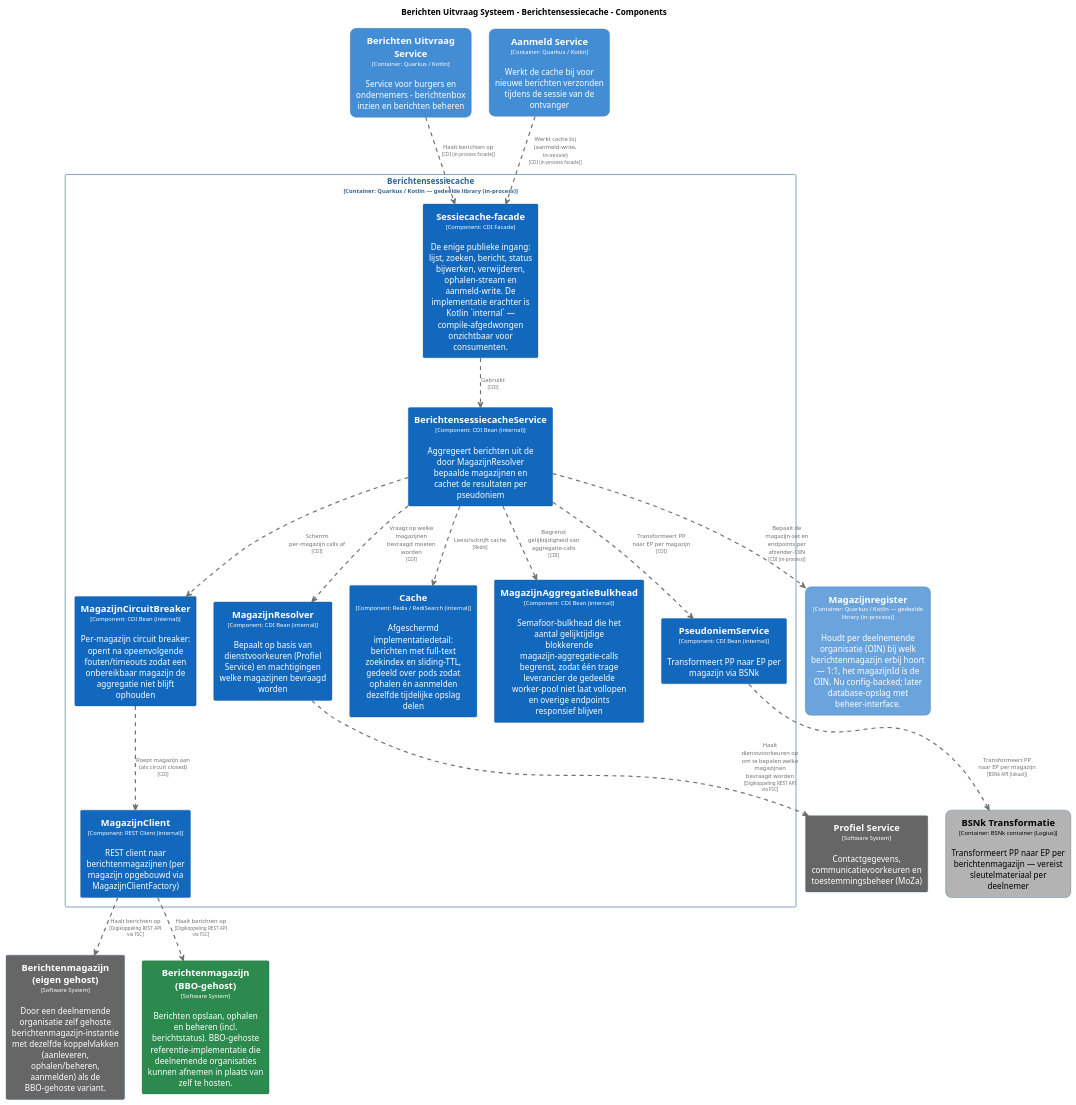
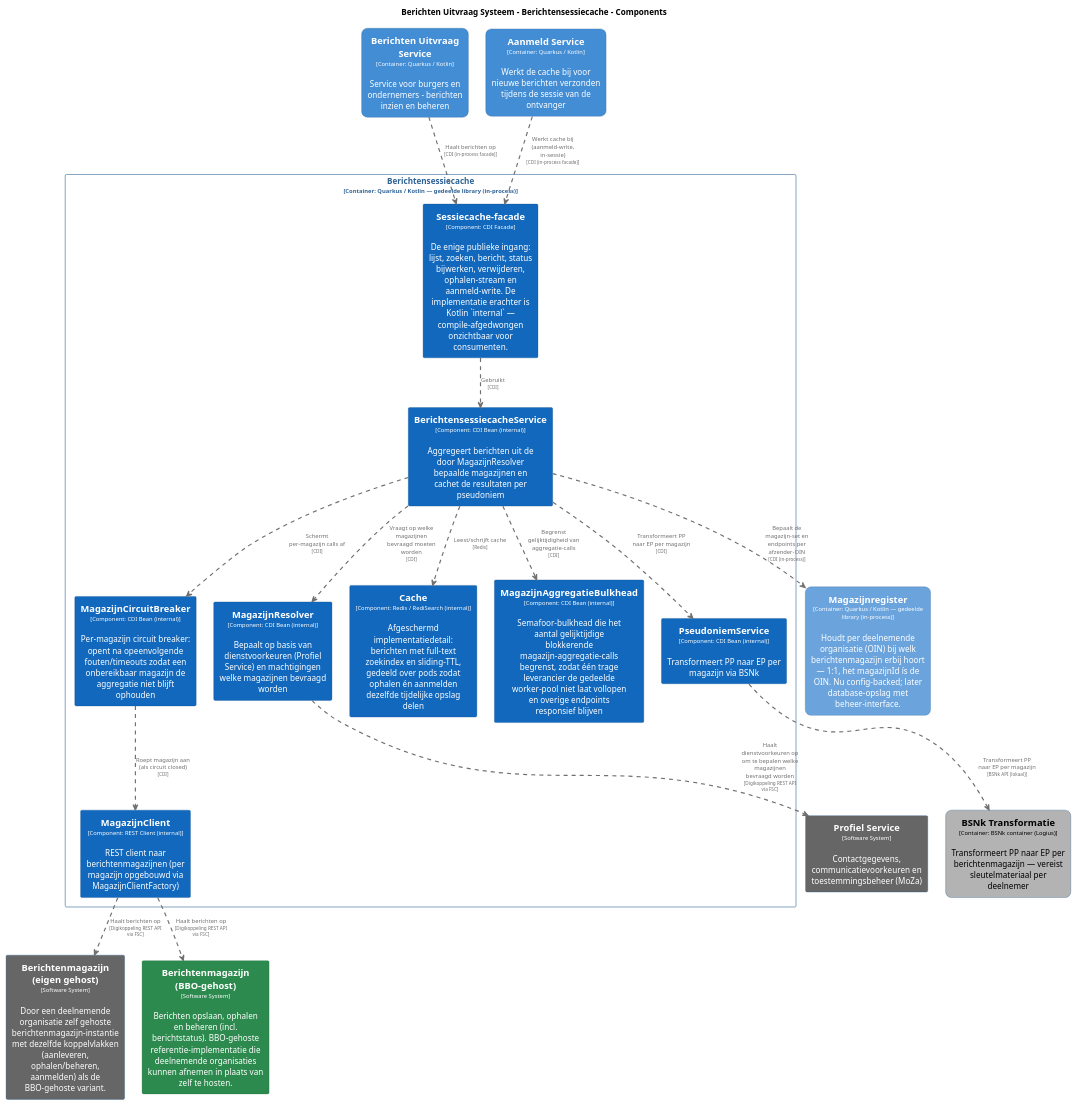
Before and after one commit to MinBZK/moza-poc-fbs-berichtenbox: the diagram in master/puml/BerichtensessiecacheComponenten.puml, drawn with PlantUML. The commit also changed 29 other files, not shown here.

```diff
--- a/master/puml/BerichtensessiecacheComponenten.puml
+++ b/master/puml/BerichtensessiecacheComponenten.puml
@@ -1,151 +1,151 @@
 @startuml
 set separator none
 title Berichten Uitvraag Systeem - Berichtensessiecache - Components
 
 top to bottom direction
 skinparam ranksep 60
 skinparam nodesep 30
 
 skinparam {
   arrowFontSize 10
   defaultTextAlignment center
   wrapWidth 200
   maxMessageSize 100
 }
 
 hide stereotype
 
 skinparam rectangle<<BerichtenUitvraagSysteem.AanmeldService>> {
   BackgroundColor #438dd5
   FontColor #ffffff
   BorderColor #2e6295
   roundCorner 20
   shadowing false
 }
 skinparam rectangle<<BerichtenUitvraagSysteem.BSNkTransformatie>> {
   BackgroundColor #b3b3b3
   FontColor #000000
   BorderColor #0b4884
   roundCorner 20
   shadowing false
 }
 skinparam rectangle<<BerichtenUitvraagSysteem.BerichtenUitvraagService>> {
   BackgroundColor #438dd5
   FontColor #ffffff
   BorderColor #2e6295
   roundCorner 20
   shadowing false
 }
 skinparam rectangle<<BerichtenmagazijnBBOgehost>> {
   BackgroundColor #2d8a4e
   FontColor #ffffff
   BorderColor #1e6b38
   shadowing false
 }
 skinparam rectangle<<Berichtenmagazijneigengehost>> {
   BackgroundColor #666666
   FontColor #ffffff
   BorderColor #0b4884
   shadowing false
 }
 skinparam rectangle<<BerichtenUitvraagSysteem.Berichtensessiecache.BerichtensessiecacheService>> {
   BackgroundColor #1168bd
   FontColor #ffffff
   BorderColor #0b4884
   shadowing false
 }
 skinparam rectangle<<BerichtenUitvraagSysteem.Berichtensessiecache.Cache>> {
   BackgroundColor #1168bd
   FontColor #ffffff
   BorderColor #0b4884
   shadowing false
 }
 skinparam rectangle<<BerichtenUitvraagSysteem.Berichtensessiecache.MagazijnAggregatieBulkhead>> {
   BackgroundColor #1168bd
   FontColor #ffffff
   BorderColor #0b4884
   shadowing false
 }
 skinparam rectangle<<BerichtenUitvraagSysteem.Berichtensessiecache.MagazijnCircuitBreaker>> {
   BackgroundColor #1168bd
   FontColor #ffffff
   BorderColor #0b4884
   shadowing false
 }
 skinparam rectangle<<BerichtenUitvraagSysteem.Berichtensessiecache.MagazijnClient>> {
   BackgroundColor #1168bd
   FontColor #ffffff
   BorderColor #0b4884
   shadowing false
 }
 skinparam rectangle<<BerichtenUitvraagSysteem.Berichtensessiecache.MagazijnResolver>> {
   BackgroundColor #1168bd
   FontColor #ffffff
   BorderColor #0b4884
   shadowing false
 }
 skinparam rectangle<<BerichtenUitvraagSysteem.Magazijnregister>> {
   BackgroundColor #6ba3dd
   FontColor #ffffff
   BorderColor #2e6295
   roundCorner 20
   shadowing false
 }
 skinparam rectangle<<ProfielService>> {
   BackgroundColor #666666
   FontColor #ffffff
   BorderColor #0b4884
   shadowing false
 }
 skinparam rectangle<<BerichtenUitvraagSysteem.Berichtensessiecache.PseudoniemService>> {
   BackgroundColor #1168bd
   FontColor #ffffff
   BorderColor #0b4884
   shadowing false
 }
 skinparam rectangle<<BerichtenUitvraagSysteem.Berichtensessiecache.Sessiecachefacade>> {
   BackgroundColor #1168bd
   FontColor #ffffff
   BorderColor #0b4884
   shadowing false
 }
 skinparam rectangle<<BerichtenUitvraagSysteem.Berichtensessiecache>> {
   BorderColor #2e6295
   FontColor #2e6295
   shadowing false
 }
 
 rectangle "==Profiel Service\n<size:10>[Software System]</size>\n\nContactgegevens, communicatievoorkeuren en toestemmingsbeheer (MoZa)" <<ProfielService>> as ProfielService
 rectangle "==Berichtenmagazijn (eigen gehost)\n<size:10>[Software System]</size>\n\nDoor een deelnemende organisatie zelf gehoste berichtenmagazijn-instantie met dezelfde koppelvlakken (aanleveren, ophalen/beheren, aanmelden) als de BBO-gehoste variant." <<Berichtenmagazijneigengehost>> as Berichtenmagazijneigengehost
 rectangle "==Berichtenmagazijn (BBO-gehost)\n<size:10>[Software System]</size>\n\nBerichten opslaan, ophalen en beheren (incl. berichtstatus). BBO-gehoste referentie-implementatie die deelnemende organisaties kunnen afnemen in plaats van zelf te hosten." <<BerichtenmagazijnBBOgehost>> as BerichtenmagazijnBBOgehost
-rectangle "==Berichten Uitvraag Service\n<size:10>[Container: Quarkus / Kotlin]</size>\n\nService voor burgers en ondernemers - berichtenbox inzien en berichten beheren" <<BerichtenUitvraagSysteem.BerichtenUitvraagService>> as BerichtenUitvraagSysteem.BerichtenUitvraagService
+rectangle "==Berichten Uitvraag Service\n<size:10>[Container: Quarkus / Kotlin]</size>\n\nService voor burgers en ondernemers - berichten inzien en beheren" <<BerichtenUitvraagSysteem.BerichtenUitvraagService>> as BerichtenUitvraagSysteem.BerichtenUitvraagService
 rectangle "==BSNk Transformatie\n<size:10>[Container: BSNk container (Logius)]</size>\n\nTransformeert PP naar EP per berichtenmagazijn — vereist sleutelmateriaal per deelnemer" <<BerichtenUitvraagSysteem.BSNkTransformatie>> as BerichtenUitvraagSysteem.BSNkTransformatie
 rectangle "==Aanmeld Service\n<size:10>[Container: Quarkus / Kotlin]</size>\n\nWerkt de cache bij voor nieuwe berichten verzonden tijdens de sessie van de ontvanger" <<BerichtenUitvraagSysteem.AanmeldService>> as BerichtenUitvraagSysteem.AanmeldService
 rectangle "==Magazijnregister\n<size:10>[Container: Quarkus / Kotlin — gedeelde library (in-process)]</size>\n\nHoudt per deelnemende organisatie (OIN) bij welk berichtenmagazijn erbij hoort — 1:1, het magazijnId ís de OIN. Nu config-backed; later database-opslag met beheer-interface." <<BerichtenUitvraagSysteem.Magazijnregister>> as BerichtenUitvraagSysteem.Magazijnregister
 
 rectangle "Berichtensessiecache\n<size:10>[Container: Quarkus / Kotlin — gedeelde library (in-process)]</size>" <<BerichtenUitvraagSysteem.Berichtensessiecache>> {
   rectangle "==Sessiecache-facade\n<size:10>[Component: CDI Facade]</size>\n\nDe enige publieke ingang: lijst, zoeken, bericht, status bijwerken, verwijderen, ophalen-stream en aanmeld-write. De implementatie erachter is Kotlin `internal` — compile-afgedwongen onzichtbaar voor consumenten." <<BerichtenUitvraagSysteem.Berichtensessiecache.Sessiecachefacade>> as BerichtenUitvraagSysteem.Berichtensessiecache.Sessiecachefacade
   rectangle "==MagazijnResolver\n<size:10>[Component: CDI Bean (internal)]</size>\n\nBepaalt op basis van dienstvoorkeuren (Profiel Service) en machtigingen welke magazijnen bevraagd worden" <<BerichtenUitvraagSysteem.Berichtensessiecache.MagazijnResolver>> as BerichtenUitvraagSysteem.Berichtensessiecache.MagazijnResolver
   rectangle "==PseudoniemService\n<size:10>[Component: CDI Bean (internal)]</size>\n\nTransformeert PP naar EP per magazijn via BSNk" <<BerichtenUitvraagSysteem.Berichtensessiecache.PseudoniemService>> as BerichtenUitvraagSysteem.Berichtensessiecache.PseudoniemService
   rectangle "==BerichtensessiecacheService\n<size:10>[Component: CDI Bean (internal)]</size>\n\nAggregeert berichten uit de door MagazijnResolver bepaalde magazijnen en cachet de resultaten per pseudoniem" <<BerichtenUitvraagSysteem.Berichtensessiecache.BerichtensessiecacheService>> as BerichtenUitvraagSysteem.Berichtensessiecache.BerichtensessiecacheService
   rectangle "==Cache\n<size:10>[Component: Redis / RediSearch (internal)]</size>\n\nAfgeschermd implementatiedetail: berichten met full-text zoekindex en sliding-TTL, gedeeld over pods zodat ophalen én aanmelden dezelfde tijdelijke opslag delen" <<BerichtenUitvraagSysteem.Berichtensessiecache.Cache>> as BerichtenUitvraagSysteem.Berichtensessiecache.Cache
   rectangle "==MagazijnAggregatieBulkhead\n<size:10>[Component: CDI Bean (internal)]</size>\n\nSemafoor-bulkhead die het aantal gelijktijdige blokkerende magazijn-aggregatie-calls begrenst, zodat één trage leverancier de gedeelde worker-pool niet laat vollopen en overige endpoints responsief blijven" <<BerichtenUitvraagSysteem.Berichtensessiecache.MagazijnAggregatieBulkhead>> as BerichtenUitvraagSysteem.Berichtensessiecache.MagazijnAggregatieBulkhead
   rectangle "==MagazijnCircuitBreaker\n<size:10>[Component: CDI Bean (internal)]</size>\n\nPer-magazijn circuit breaker: opent na opeenvolgende fouten/timeouts zodat een onbereikbaar magazijn de aggregatie niet blijft ophouden" <<BerichtenUitvraagSysteem.Berichtensessiecache.MagazijnCircuitBreaker>> as BerichtenUitvraagSysteem.Berichtensessiecache.MagazijnCircuitBreaker
   rectangle "==MagazijnClient\n<size:10>[Component: REST Client (internal)]</size>\n\nREST client naar berichtenmagazijnen (per magazijn opgebouwd via MagazijnClientFactory)" <<BerichtenUitvraagSysteem.Berichtensessiecache.MagazijnClient>> as BerichtenUitvraagSysteem.Berichtensessiecache.MagazijnClient
 }
 
 BerichtenUitvraagSysteem.Berichtensessiecache.MagazijnClient .[#707070,thickness=2].> Berichtenmagazijneigengehost : "<color:#707070>Haalt berichten op\n<color:#707070><size:8>[Digikoppeling REST API via FSC]</size>"
 BerichtenUitvraagSysteem.Berichtensessiecache.MagazijnResolver .[#707070,thickness=2].> ProfielService : "<color:#707070>Haalt dienstvoorkeuren op om te bepalen welke magazijnen bevraagd worden\n<color:#707070><size:8>[Digikoppeling REST API via FSC]</size>"
 BerichtenUitvraagSysteem.Berichtensessiecache.MagazijnClient .[#707070,thickness=2].> BerichtenmagazijnBBOgehost : "<color:#707070>Haalt berichten op\n<color:#707070><size:8>[Digikoppeling REST API via FSC]</size>"
 BerichtenUitvraagSysteem.Berichtensessiecache.Sessiecachefacade .[#707070,thickness=2].> BerichtenUitvraagSysteem.Berichtensessiecache.BerichtensessiecacheService : "<color:#707070>Gebruikt\n<color:#707070><size:8>[CDI]</size>"
 BerichtenUitvraagSysteem.Berichtensessiecache.BerichtensessiecacheService .[#707070,thickness=2].> BerichtenUitvraagSysteem.Berichtensessiecache.MagazijnResolver : "<color:#707070>Vraagt op welke magazijnen bevraagd moeten worden\n<color:#707070><size:8>[CDI]</size>"
 BerichtenUitvraagSysteem.Berichtensessiecache.BerichtensessiecacheService .[#707070,thickness=2].> BerichtenUitvraagSysteem.Berichtensessiecache.PseudoniemService : "<color:#707070>Transformeert PP naar EP per magazijn\n<color:#707070><size:8>[CDI]</size>"
 BerichtenUitvraagSysteem.Berichtensessiecache.BerichtensessiecacheService .[#707070,thickness=2].> BerichtenUitvraagSysteem.Berichtensessiecache.Cache : "<color:#707070>Leest/schrijft cache\n<color:#707070><size:8>[Redis]</size>"
 BerichtenUitvraagSysteem.Berichtensessiecache.BerichtensessiecacheService .[#707070,thickness=2].> BerichtenUitvraagSysteem.Berichtensessiecache.MagazijnAggregatieBulkhead : "<color:#707070>Begrenst gelijktijdigheid van aggregatie-calls\n<color:#707070><size:8>[CDI]</size>"
 BerichtenUitvraagSysteem.Berichtensessiecache.BerichtensessiecacheService .[#707070,thickness=2].> BerichtenUitvraagSysteem.Berichtensessiecache.MagazijnCircuitBreaker : "<color:#707070>Schermt per-magazijn calls af\n<color:#707070><size:8>[CDI]</size>"
 BerichtenUitvraagSysteem.Berichtensessiecache.MagazijnCircuitBreaker .[#707070,thickness=2].> BerichtenUitvraagSysteem.Berichtensessiecache.MagazijnClient : "<color:#707070>Roept magazijn aan (als circuit closed)\n<color:#707070><size:8>[CDI]</size>"
 BerichtenUitvraagSysteem.Berichtensessiecache.PseudoniemService .[#707070,thickness=2].> BerichtenUitvraagSysteem.BSNkTransformatie : "<color:#707070>Transformeert PP naar EP per magazijn\n<color:#707070><size:8>[BSNk API (lokaal)]</size>"
 BerichtenUitvraagSysteem.AanmeldService .[#707070,thickness=2].> BerichtenUitvraagSysteem.Berichtensessiecache.Sessiecachefacade : "<color:#707070>Werkt cache bij (aanmeld-write, in-sessie)\n<color:#707070><size:8>[CDI (in-process facade)]</size>"
 BerichtenUitvraagSysteem.BerichtenUitvraagService .[#707070,thickness=2].> BerichtenUitvraagSysteem.Berichtensessiecache.Sessiecachefacade : "<color:#707070>Haalt berichten op\n<color:#707070><size:8>[CDI (in-process facade)]</size>"
 BerichtenUitvraagSysteem.Berichtensessiecache.BerichtensessiecacheService .[#707070,thickness=2].> BerichtenUitvraagSysteem.Magazijnregister : "<color:#707070>Bepaalt de magazijn-set en endpoints per afzender-OIN\n<color:#707070><size:8>[CDI (in-process)]</size>"
 @enduml
```
